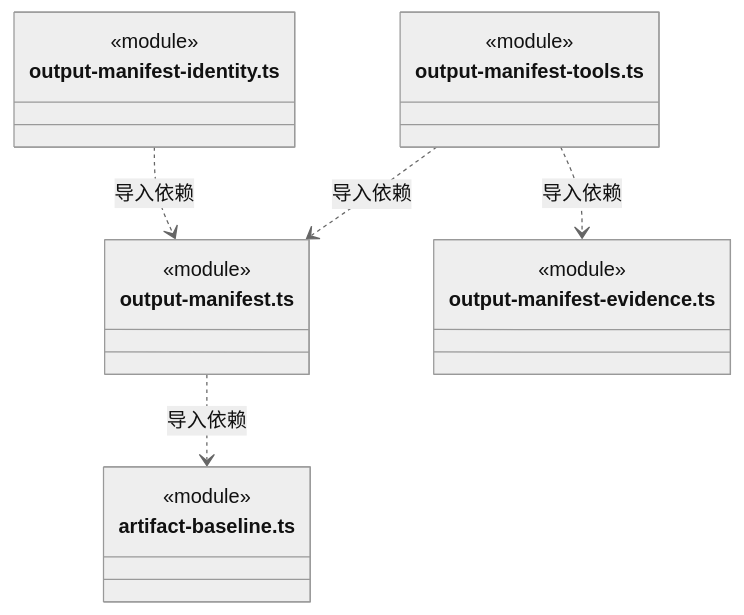
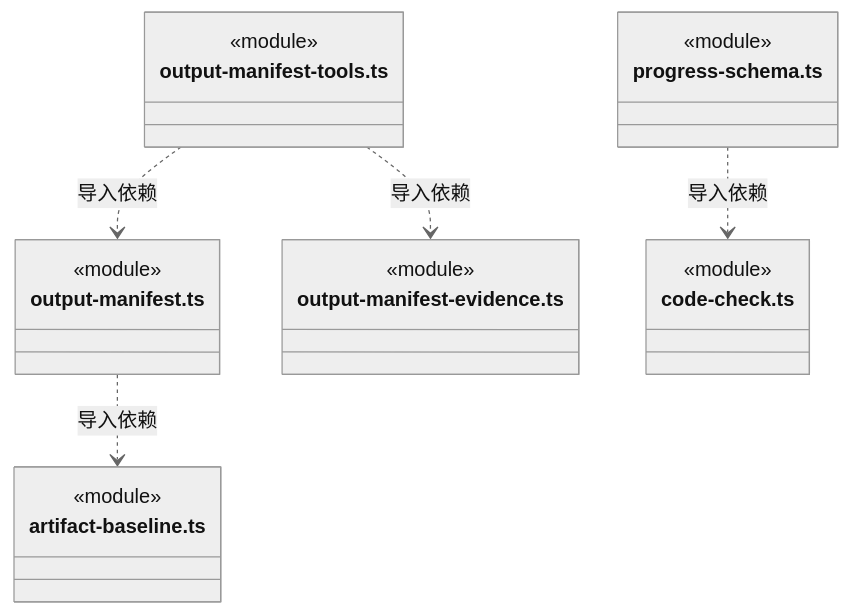
Before and after one commit to nan023062/cbim: diagram 37 of 46 in src/backend/core/evidence/ARCHITECTURE.md, drawn with Mermaid (neutral theme). The commit also changed other lines of this file and 130 other files, not shown here.

````diff
--- a/src/backend/core/evidence/ARCHITECTURE.md
+++ b/src/backend/core/evidence/ARCHITECTURE.md
@@ -679,22 +784,25 @@
 ```mermaid
 classDiagram
-class N_src_backend_core_evidence_output_manifest_identity_ts["output-manifest-identity.ts"] {
+class N_src_backend_core_evidence_output_manifest_tools_ts["output-manifest-tools.ts"] {
   <<module>>
 }
 class N_src_backend_core_evidence_output_manifest_ts["output-manifest.ts"] {
-  <<module>>
-}
-class N_src_backend_core_evidence_output_manifest_tools_ts["output-manifest-tools.ts"] {
   <<module>>
 }
 class N_src_backend_core_evidence_output_manifest_evidence_ts["output-manifest-evidence.ts"] {
   <<module>>
 }
 class N_src_backend_core_evidence_artifact_baseline_ts["artifact-baseline.ts"] {
   <<module>>
 }
-N_src_backend_core_evidence_output_manifest_identity_ts ..> N_src_backend_core_evidence_output_manifest_ts : 导入依赖
+class N_src_backend_core_evidence_progress_schema_ts["progress-schema.ts"] {
+  <<module>>
+}
+class N_src_backend_core_evidence_code_check_ts["code-check.ts"] {
+  <<module>>
+}
 N_src_backend_core_evidence_output_manifest_tools_ts ..> N_src_backend_core_evidence_output_manifest_ts : 导入依赖
 N_src_backend_core_evidence_output_manifest_tools_ts ..> N_src_backend_core_evidence_output_manifest_evidence_ts : 导入依赖
 N_src_backend_core_evidence_output_manifest_ts ..> N_src_backend_core_evidence_artifact_baseline_ts : 导入依赖
+N_src_backend_core_evidence_progress_schema_ts ..> N_src_backend_core_evidence_code_check_ts : 导入依赖
 ```
````
